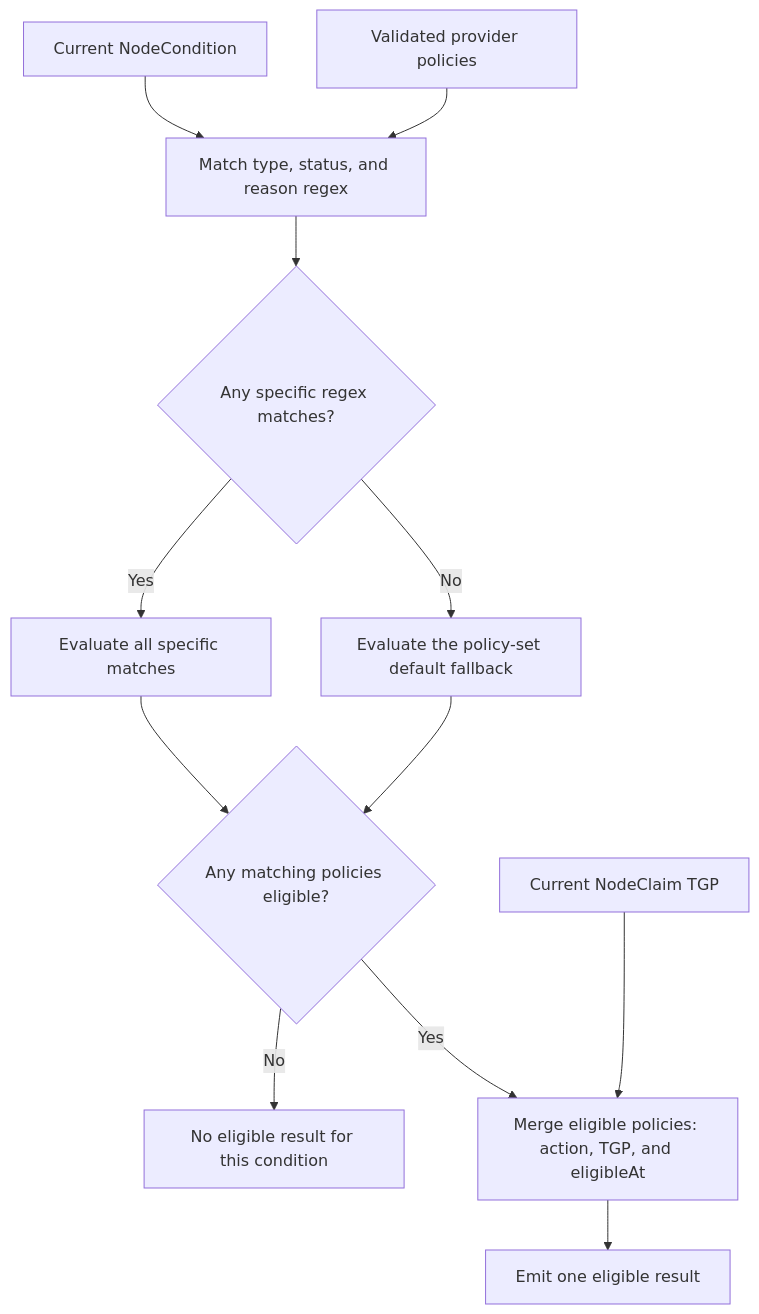
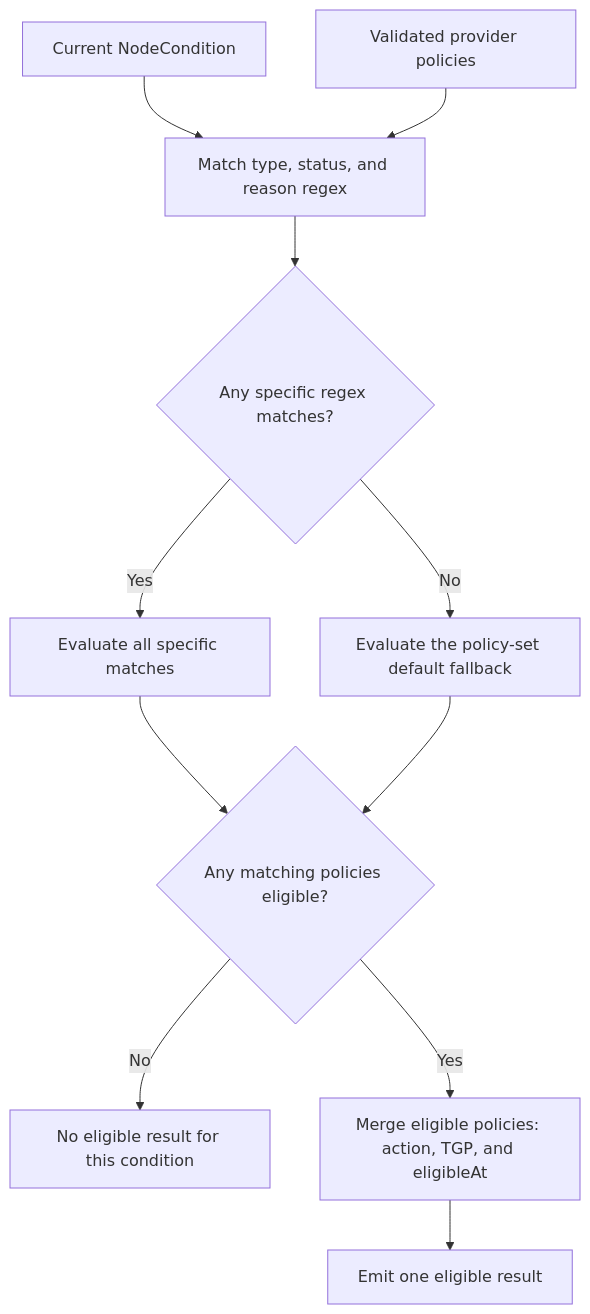
The diagram in designs/reason-aware-repair-policy-matching.md (kubernetes-sigs/karpenter), drawn with Mermaid before and after one commit. The commit also changed other lines of this file and 1 other file, not shown here.

Commit message:
docs: add node repair candidate resolution, admission, and escalation RFC (#3270)

````diff
--- a/designs/reason-aware-repair-policy-matching.md
+++ b/designs/reason-aware-repair-policy-matching.md
@@ -313,14 +318,13 @@
 ```mermaid
 flowchart TD
     C["Current NodeCondition"] --> M["Match type, status, and reason regex"]
     P["Validated provider policies"] --> M
     M --> S{"Any specific regex matches?"}
     S -->|Yes| E["Evaluate all specific matches"]
     S -->|No| F["Evaluate the policy-set default fallback"]
     E --> W{"Any matching policies eligible?"}
     F --> W
     W -->|No| N["No eligible result for this condition"]
     W -->|Yes| G["Merge eligible policies: action, TGP, and eligibleAt"]
-    NC["Current NodeClaim TGP"] --> G
     G --> O["Emit one eligible result"]
 ```
````
